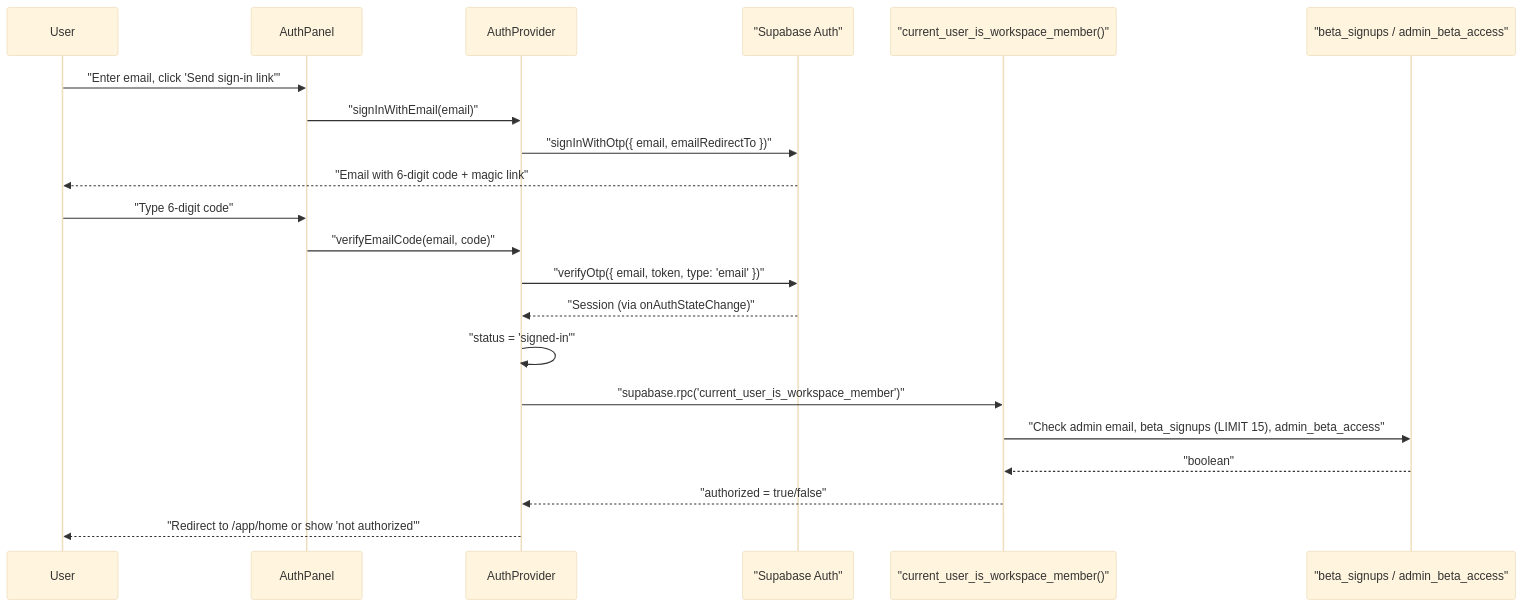
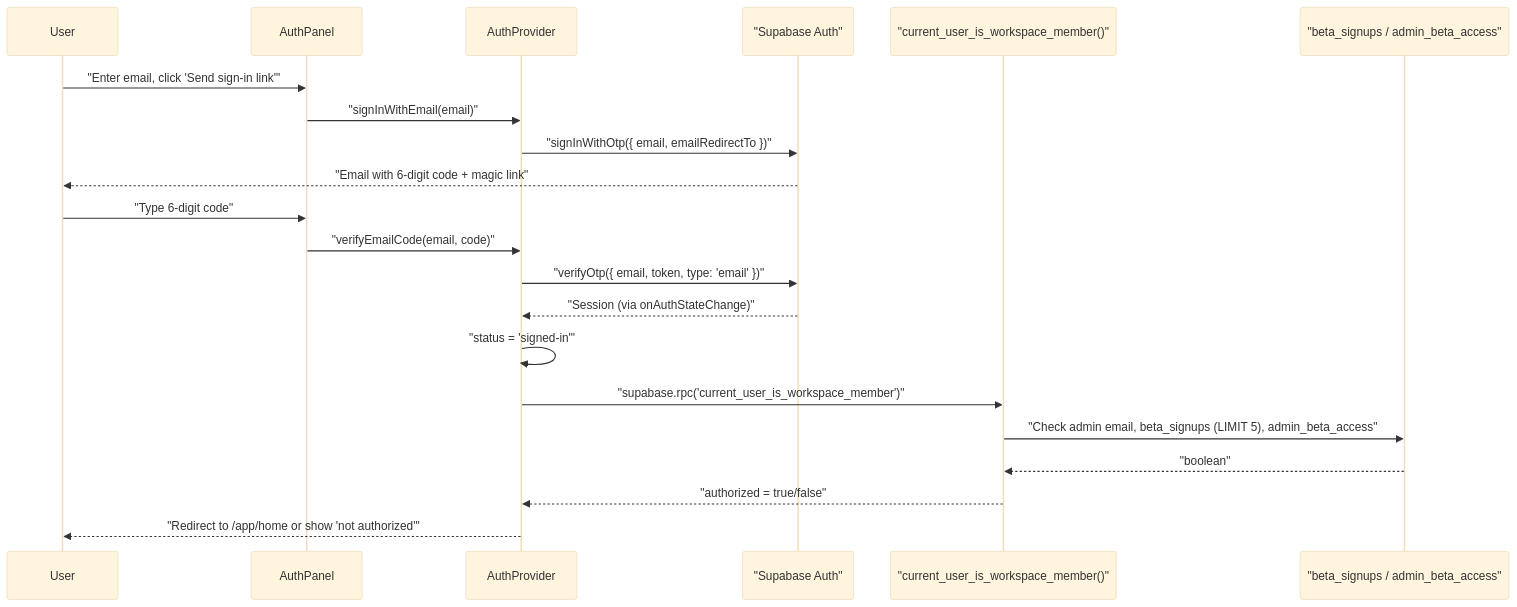
Before and after one commit to Dutiva-Canada/Dutiva_Web: the fourth of 5 diagrams in docs/wiki/Authentication-System.md, drawn with Mermaid (base theme). The commit also changed other lines of this file and 84 other files, not shown here.

````diff
--- a/docs/wiki/Authentication-System.md
+++ b/docs/wiki/Authentication-System.md
@@ -328,24 +328,24 @@
 ```mermaid
 sequenceDiagram
     participant User
     participant AuthPanel
     participant AuthProvider
     participant Supabase as "Supabase Auth"
     participant RPC as "current_user_is_workspace_member()"
     participant DB as "beta_signups / admin_beta_access"
 
     User->>AuthPanel: "Enter email, click 'Send sign-in link'"
     AuthPanel->>AuthProvider: "signInWithEmail(email)"
     AuthProvider->>Supabase: "signInWithOtp({ email, emailRedirectTo })"
     Supabase-->>User: "Email with 6-digit code + magic link"
     User->>AuthPanel: "Type 6-digit code"
     AuthPanel->>AuthProvider: "verifyEmailCode(email, code)"
     AuthProvider->>Supabase: "verifyOtp({ email, token, type: 'email' })"
     Supabase-->>AuthProvider: "Session (via onAuthStateChange)"
     AuthProvider->>AuthProvider: "status = 'signed-in'"
     AuthProvider->>RPC: "supabase.rpc('current_user_is_workspace_member')"
-    RPC->>DB: "Check admin email, beta_signups (LIMIT 15), admin_beta_access"
+    RPC->>DB: "Check admin email, beta_signups (LIMIT 5), admin_beta_access"
     DB-->>RPC: "boolean"
     RPC-->>AuthProvider: "authorized = true/false"
     AuthProvider-->>User: "Redirect to /app/home or show 'not authorized'"
 ```
````
